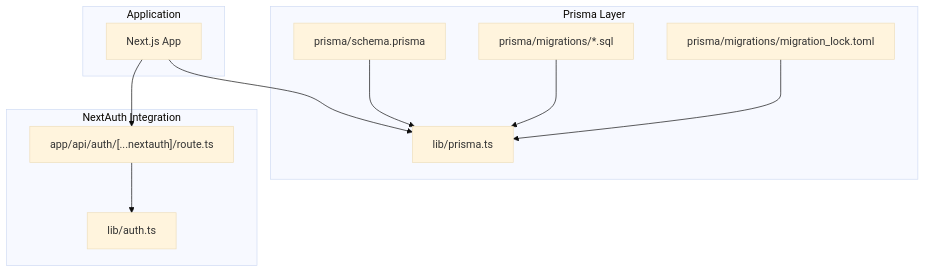
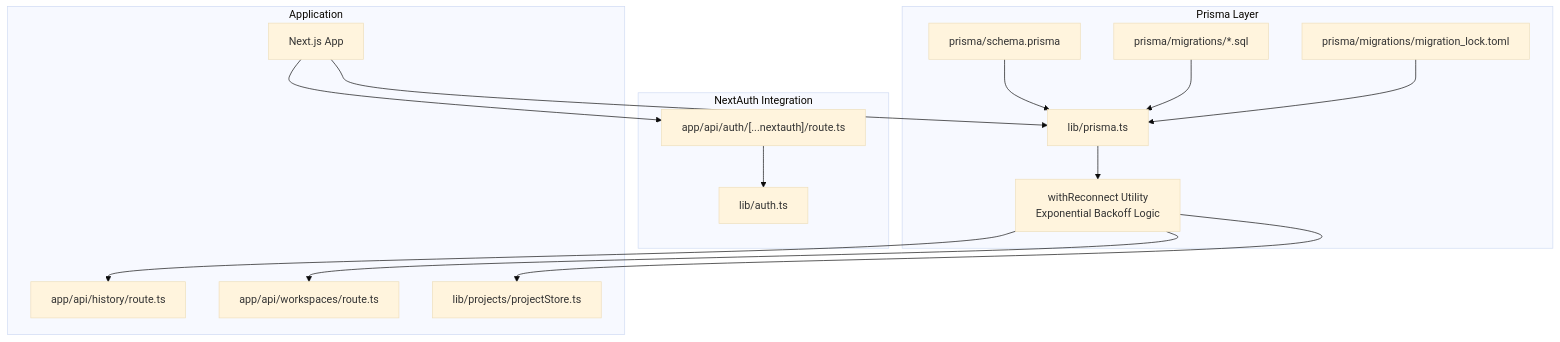
Before and after one commit to shekhargiri005-dotcom/AI-powered-accessibility-first-UI-engine: the first of 11 diagrams in .qoder/repowiki/en/content/Database & Data Layer/Prisma ORM Configuration.md, drawn with Mermaid (base theme). The commit also changed other lines of this file and 20 other files, not shown here.

````diff
--- a/.qoder/repowiki/en/content/Database & Data Layer/Prisma ORM Configuration.md
+++ b/.qoder/repowiki/en/content/Database & Data Layer/Prisma ORM Configuration.md
@@ -36,22 +49,30 @@
 ```mermaid
 graph TB
 subgraph "Prisma Layer"
 PRISMA_SCHEMA["prisma/schema.prisma"]
 MIGRATION_LOCK["prisma/migrations/migration_lock.toml"]
 MIGRATIONS["prisma/migrations/*.sql"]
 PRISMA_CLIENT["lib/prisma.ts"]
+RECONNECT_UTIL["withReconnect Utility<br/>Exponential Backoff Logic"]
 end
 subgraph "NextAuth Integration"
 NEXTAUTH_ROUTE["app/api/auth/[...nextauth]/route.ts"]
 NEXTAUTH_CONFIG["lib/auth.ts"]
 end
 subgraph "Application"
 APP["Next.js App"]
+HISTORY_ROUTE["app/api/history/route.ts"]
+WORKSPACES_ROUTE["app/api/workspaces/route.ts"]
+PROJECT_STORE["lib/projects/projectStore.ts"]
 end
 APP --> PRISMA_CLIENT
 APP --> NEXTAUTH_ROUTE
 NEXTAUTH_ROUTE --> NEXTAUTH_CONFIG
 PRISMA_SCHEMA --> PRISMA_CLIENT
 MIGRATIONS --> PRISMA_CLIENT
 MIGRATION_LOCK --> PRISMA_CLIENT
+PRISMA_CLIENT --> RECONNECT_UTIL
+RECONNECT_UTIL --> HISTORY_ROUTE
+RECONNECT_UTIL --> WORKSPACES_ROUTE
+RECONNECT_UTIL --> PROJECT_STORE
 ```
````
